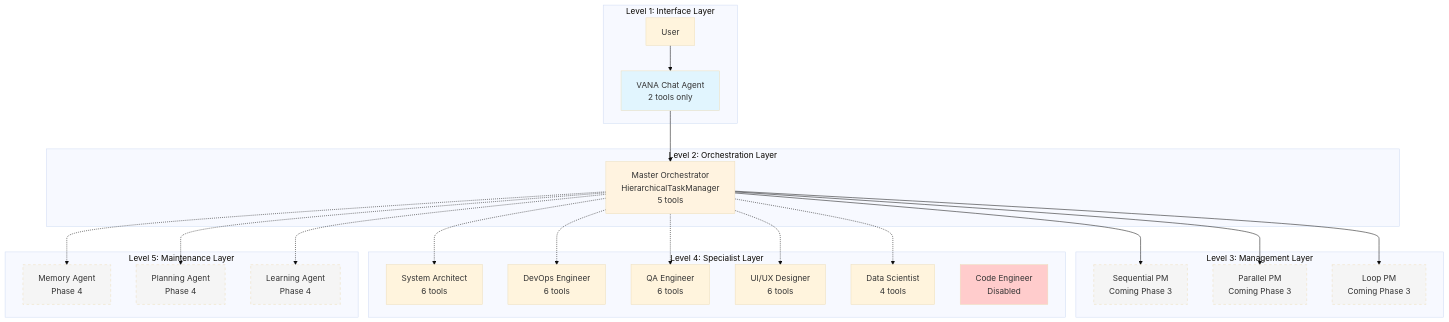
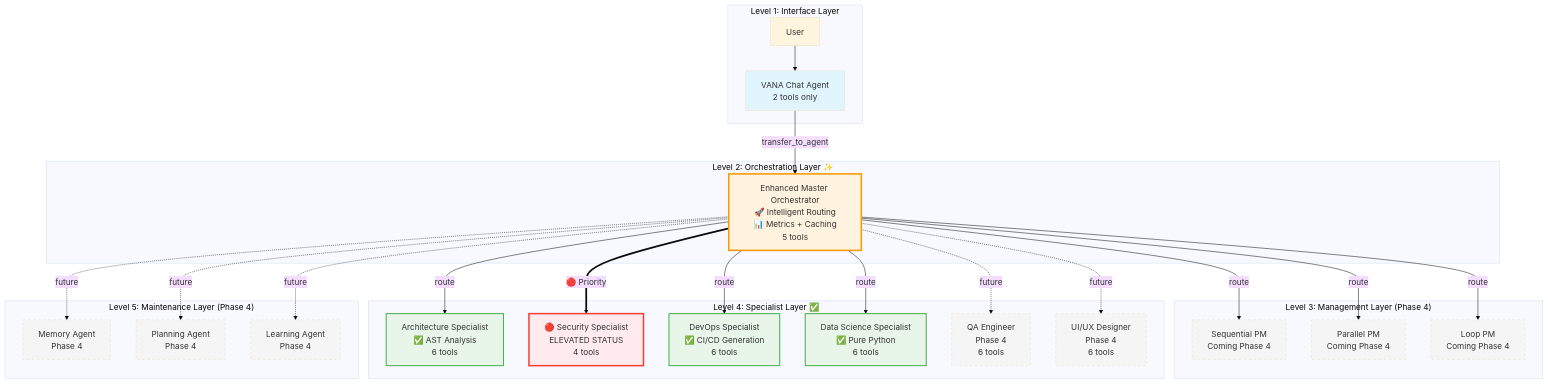
The first of 5 diagrams in docs/ARCHITECTURE.md (NickB03/vana), drawn with Mermaid (base theme) before and after one commit. The commit also changed other lines of this file and 16 other files, not shown here.

````diff
--- a/docs/ARCHITECTURE.md
+++ b/docs/ARCHITECTURE.md
@@ -14,55 +14,61 @@
 ```mermaid
 graph TB
     subgraph "Level 1: Interface Layer"
         U[User] --> VC[VANA Chat Agent<br/>2 tools only]
     end
     
-    subgraph "Level 2: Orchestration Layer"
-        MO[Master Orchestrator<br/>HierarchicalTaskManager<br/>5 tools]
+    subgraph "Level 2: Orchestration Layer ✨"
+        MO[Enhanced Master Orchestrator<br/>🚀 Intelligent Routing<br/>📊 Metrics + Caching<br/>5 tools]
     end
     
-    subgraph "Level 3: Management Layer"
-        PM1[Sequential PM<br/>Coming Phase 3]
-        PM2[Parallel PM<br/>Coming Phase 3]
-        PM3[Loop PM<br/>Coming Phase 3]
+    subgraph "Level 3: Management Layer (Phase 4)"
+        PM1[Sequential PM<br/>Coming Phase 4]
+        PM2[Parallel PM<br/>Coming Phase 4]
+        PM3[Loop PM<br/>Coming Phase 4]
     end
     
-    subgraph "Level 4: Specialist Layer"
-        SA[System Architect<br/>6 tools]
-        DO[DevOps Engineer<br/>6 tools]
-        QA[QA Engineer<br/>6 tools]  
-        UI[UI/UX Designer<br/>6 tools]
-        DS[Data Scientist<br/>4 tools]
-        CE[Code Engineer<br/>Disabled]
+    subgraph "Level 4: Specialist Layer ✅"
+        SA[Architecture Specialist<br/>✅ AST Analysis<br/>6 tools]
+        SEC[🔴 Security Specialist<br/>ELEVATED STATUS<br/>4 tools]
+        DO[DevOps Specialist<br/>✅ CI/CD Generation<br/>6 tools]
+        DS[Data Science Specialist<br/>✅ Pure Python<br/>6 tools]
+        QA[QA Engineer<br/>Phase 4<br/>6 tools]  
+        UI[UI/UX Designer<br/>Phase 4<br/>6 tools]
     end
     
-    subgraph "Level 5: Maintenance Layer"
+    subgraph "Level 5: Maintenance Layer (Phase 4)"
         MA[Memory Agent<br/>Phase 4]
         PA[Planning Agent<br/>Phase 4]
         LA[Learning Agent<br/>Phase 4]
     end
     
-    VC --> MO
-    MO --> PM1
-    MO --> PM2
-    MO --> PM3
-    MO -.-> SA
-    MO -.-> DO
-    MO -.-> QA
-    MO -.-> UI
-    MO -.-> DS
+    VC -->|transfer_to_agent| MO
+    MO -->|route| PM1
+    MO -->|route| PM2
+    MO -->|route| PM3
+    MO ==>|"🔴 Priority"| SEC
+    MO -->|route| SA
+    MO -->|route| DO
+    MO -->|route| DS
+    MO -.->|future| QA
+    MO -.->|future| UI
     
-    MO -.-> MA
-    MO -.-> PA
-    MO -.-> LA
+    MO -.->|future| MA
+    MO -.->|future| PA
+    MO -.->|future| LA
     
     style VC fill:#e1f5fe
-    style MO fill:#fff3e0
+    style MO fill:#fff3e0,stroke:#ff9800,stroke-width:3px
+    style SEC fill:#ffebee,stroke:#f44336,stroke-width:3px
+    style SA fill:#e8f5e9,stroke:#4caf50,stroke-width:2px
+    style DO fill:#e8f5e9,stroke:#4caf50,stroke-width:2px
+    style DS fill:#e8f5e9,stroke:#4caf50,stroke-width:2px
     style PM1 fill:#f5f5f5,stroke-dasharray: 5 5
     style PM2 fill:#f5f5f5,stroke-dasharray: 5 5
     style PM3 fill:#f5f5f5,stroke-dasharray: 5 5
+    style QA fill:#f5f5f5,stroke-dasharray: 5 5
+    style UI fill:#f5f5f5,stroke-dasharray: 5 5
     style MA fill:#f5f5f5,stroke-dasharray: 5 5
     style PA fill:#f5f5f5,stroke-dasharray: 5 5
     style LA fill:#f5f5f5,stroke-dasharray: 5 5
-    style CE fill:#ffcccc
 ```
````
